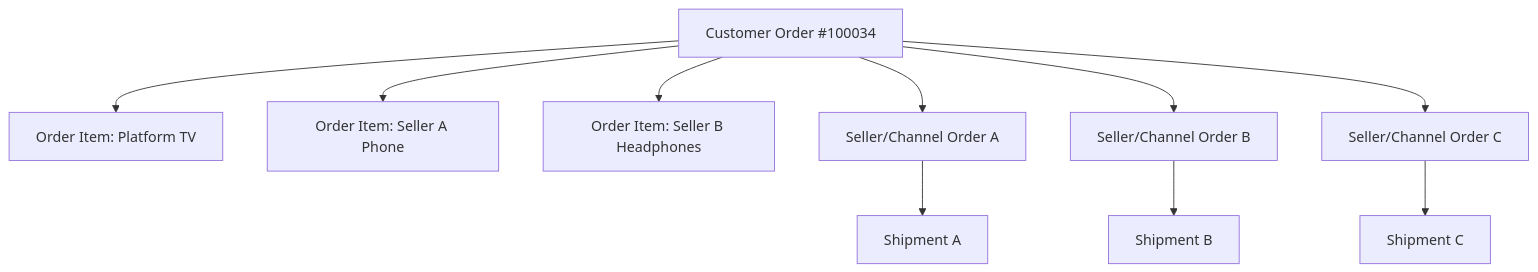
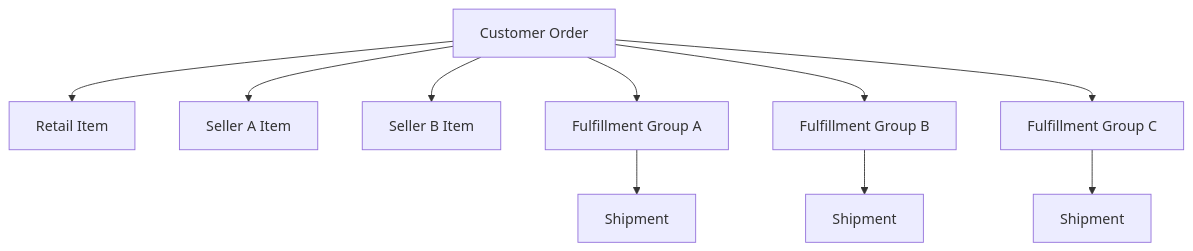
One commit to Izyane-InovSolutions/commerce changed the fourth of 9 diagrams in README.md. Above: the diagram before and after it, drawn with Mermaid. The commit also changed other lines of this file, not shown here.

Commit message:
docs: finalize NestJS modular monolith architecture

````diff
--- a/README.md
+++ b/README.md
@@ -671,16 +375,13 @@
 ```mermaid
 flowchart TD
-    ORDER[Customer Order #100034]
-
-    ORDER --> ITEM1[Order Item: Platform TV]
-    ORDER --> ITEM2[Order Item: Seller A Phone]
-    ORDER --> ITEM3[Order Item: Seller B Headphones]
-
-    ORDER --> SO1[Seller/Channel Order A]
-    ORDER --> SO2[Seller/Channel Order B]
-    ORDER --> SO3[Seller/Channel Order C]
-
-    SO1 --> SHIP1[Shipment A]
-    SO2 --> SHIP2[Shipment B]
-    SO3 --> SHIP3[Shipment C]
+    ORDER[Customer Order]
+    ORDER --> ITEM1[Retail Item]
+    ORDER --> ITEM2[Seller A Item]
+    ORDER --> ITEM3[Seller B Item]
+    ORDER --> F1[Fulfillment Group A]
+    ORDER --> F2[Fulfillment Group B]
+    ORDER --> F3[Fulfillment Group C]
+    F1 --> SHIP1[Shipment]
+    F2 --> SHIP2[Shipment]
+    F3 --> SHIP3[Shipment]
 ```
````
